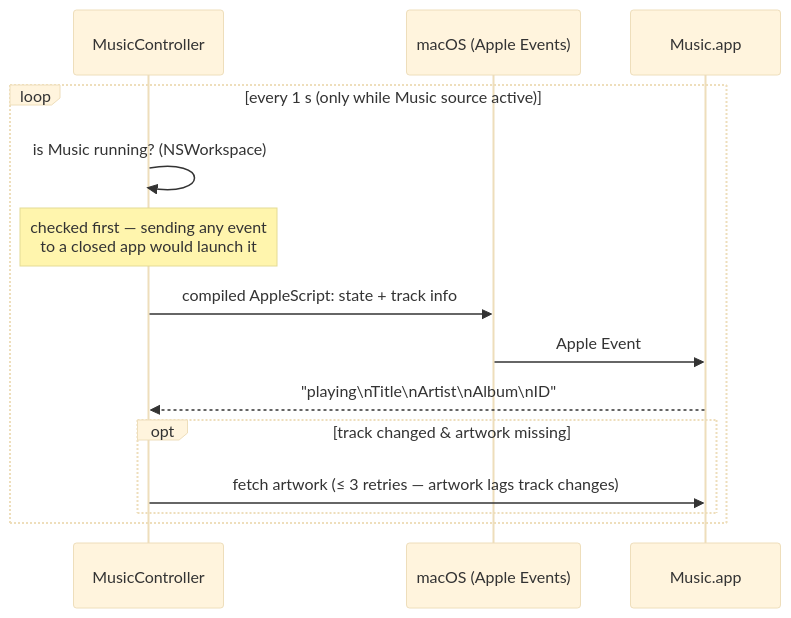
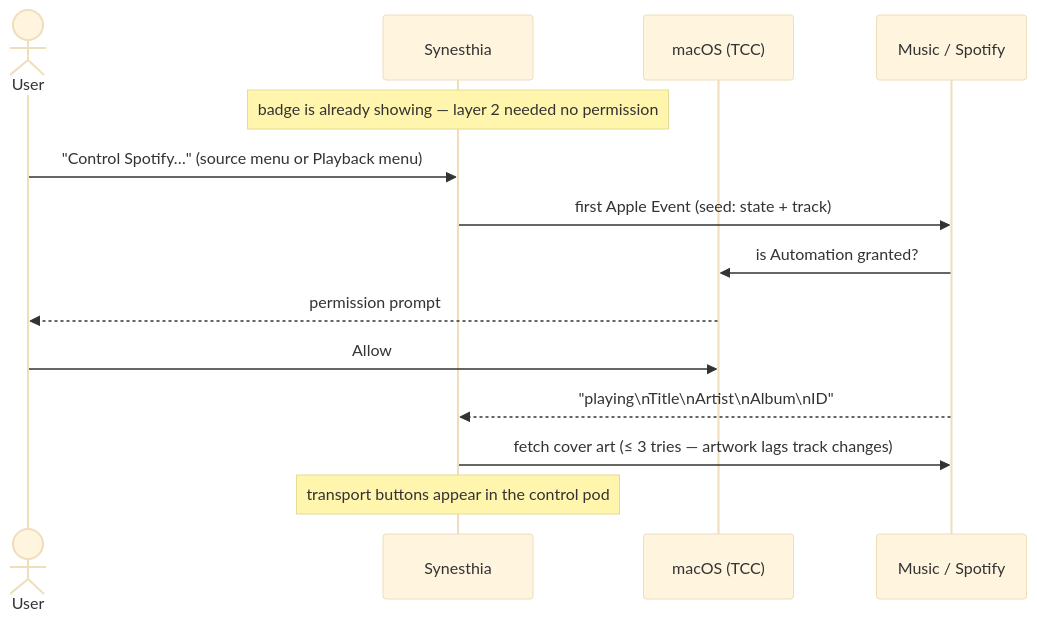
One commit to jonjaques/synesthia changed the second of 2 diagrams in docs/macos-integration.md. Above: the diagram before and after it, drawn with Mermaid (base theme). The commit also changed other lines of this file and 78 other files, not shown here.

````diff
--- a/docs/macos-integration.md
+++ b/docs/macos-integration.md
@@ -67,17 +148,17 @@
 ```mermaid
 sequenceDiagram
-    participant MC as MusicController
-    participant OS as macOS (Apple Events)
-    participant M as Music.app
+    actor U as User
+    participant App as Synesthia
+    participant TCC as macOS (TCC)
+    participant P as Music / Spotify
 
-    loop every 1 s (only while Music source active)
-        MC->>MC: is Music running? (NSWorkspace)
-        Note over MC: checked first — sending any event<br>to a closed app would launch it
-        MC->>OS: compiled AppleScript: state + track info
-        OS->>M: Apple Event
-        M-->>MC: "playing\nTitle\nArtist\nAlbum\nID"
-        opt track changed & artwork missing
-            MC->>M: fetch artwork (≤ 3 retries — artwork lags track changes)
-        end
-    end
+    Note over App: badge is already showing — layer 2 needed no permission
+    U->>App: "Control Spotify…" (source menu or Playback menu)
+    App->>P: first Apple Event (seed: state + track)
+    P->>TCC: is Automation granted?
+    TCC-->>U: permission prompt
+    U->>TCC: Allow
+    P-->>App: "playing\nTitle\nArtist\nAlbum\nID"
+    App->>P: fetch cover art (≤ 3 tries — artwork lags track changes)
+    Note over App: transport buttons appear in the control pod
 ```
````
